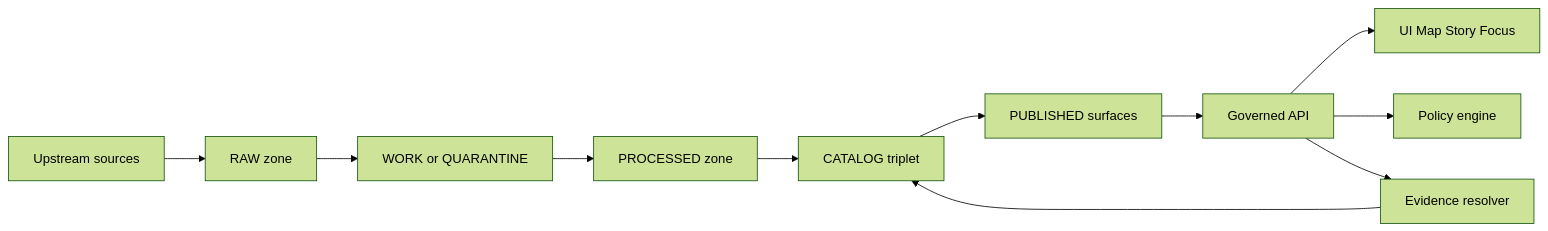
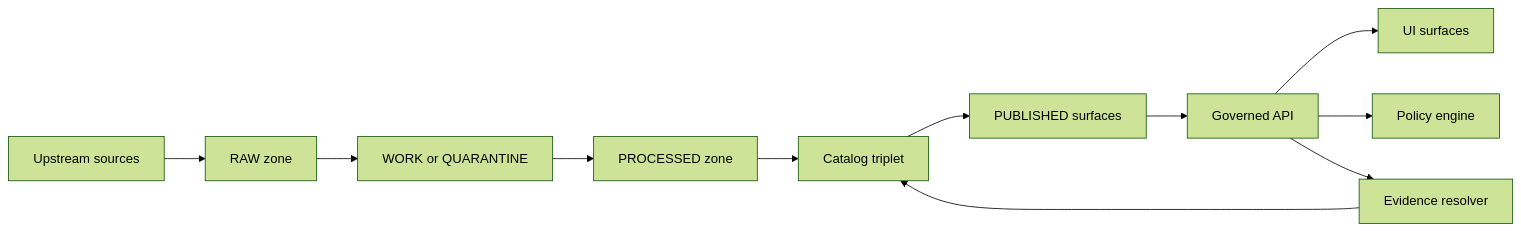
The first of 3 diagrams in docs/README.md (bartytime4life/Kansas-Frontier-Matrix), drawn with Mermaid (forest theme) before and after one commit. The commit also changed other lines of this file, not shown here.

````diff
--- a/docs/README.md
+++ b/docs/README.md
@@ -118,15 +116,14 @@
 ```mermaid
 flowchart LR
   Up[Upstream sources] --> RAW[RAW zone]
   RAW --> WORK[WORK or QUARANTINE]
   WORK --> PROCESSED[PROCESSED zone]
-  PROCESSED --> CATALOG[CATALOG triplet]
+  PROCESSED --> CATALOG[Catalog triplet]
   CATALOG --> PUBLISHED[PUBLISHED surfaces]
 
   PUBLISHED --> API[Governed API]
-  API --> UI[UI Map Story Focus]
-
+  API --> UI[UI surfaces]
   API --> POL[Policy engine]
   API --> EV[Evidence resolver]
   EV --> CATALOG
 ```
````
